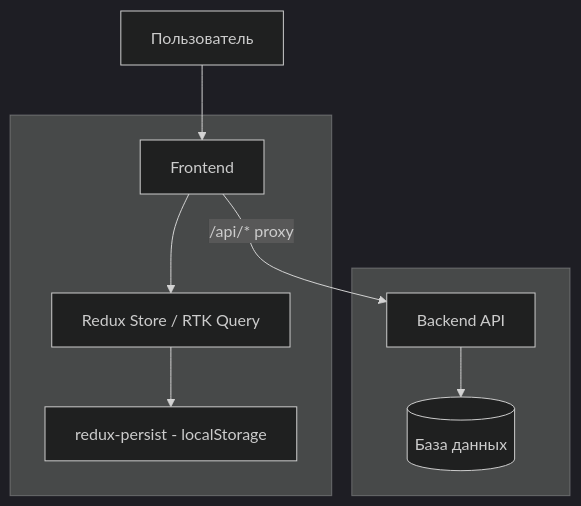
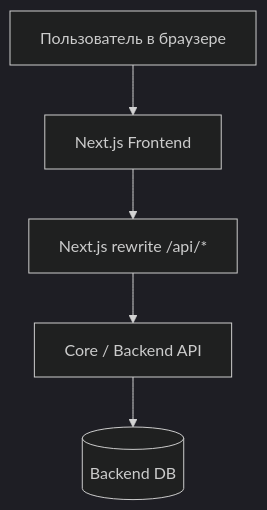
One commit to stefashka2810/LogBoard changed the first of 5 diagrams in docs/architecture.md. Above: the diagram before and after it, drawn with Mermaid (dark theme). The commit also changed other lines of this file and 1 other file, not shown here.

````diff
--- a/docs/architecture.md
+++ b/docs/architecture.md
@@ -5,19 +16,13 @@
 ```mermaid
 graph TD
-    A[Пользователь] --> B[Frontend]
-    B -->|/api/* proxy| C[Backend API]
-    C --> D[(База данных)]
+    U[Пользователь в браузере]
+    N[Next.js Frontend]
+    P[Next.js rewrite /api/*]
+    C[Core / Backend API]
+    DB[(Backend DB)]
 
-    subgraph " "
-        B
-        E[Redux Store / RTK Query]
-        F[redux-persist - localStorage]
-        B --> E
-        E --> F
-    end
-
-    subgraph " "
-        C
-        D
-    end
+    U --> N
+    N --> P
+    P --> C
+    C --> DB
 ```
````
